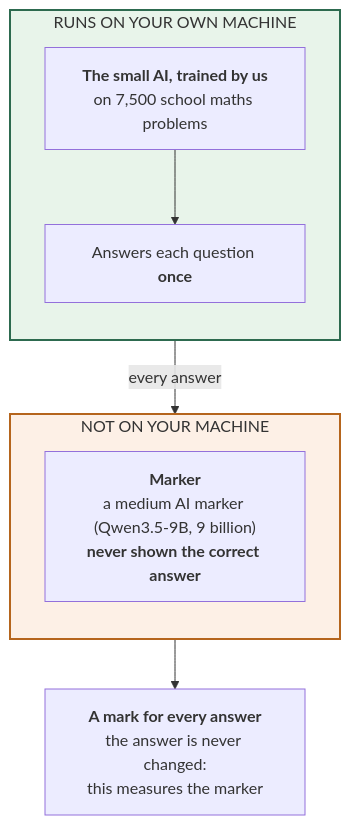
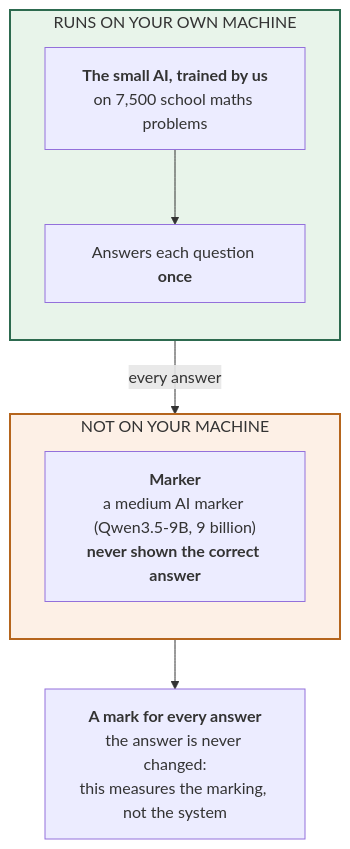
Before and after one commit to SaminYeaserKhan/gemma4-finetune: the first of 2 diagrams in docs/experiments/06_finetuned-model+checker-marks-all-answers_qwen-9b/README.md, drawn with Mermaid. The commit also changed 10 other files, not shown here.

````diff
--- a/docs/experiments/06_finetuned-model+checker-marks-all-answers_qwen-9b/README.md
+++ b/docs/experiments/06_finetuned-model+checker-marks-all-answers_qwen-9b/README.md
@@ -50,17 +50,17 @@
 ```mermaid
 flowchart TB
     subgraph DEV["RUNS ON YOUR OWN MACHINE"]
         direction TB
         SOLVER["<b>The small AI, trained by us</b><br/>on 7,500 school maths problems"]
         ONE["Answers each question <b>once</b>"]
         SOLVER --> ONE
     end
     subgraph OFF["NOT ON YOUR MACHINE"]
         direction TB
         CHECK["<b>Marker</b><br/>a medium AI marker (Qwen3.5-9B, 9 billion)<br/><b>never shown the correct answer</b>"]
     end
     ONE -->|every answer| CHECK
-    CHECK --> SCORE["<b>A mark for every answer</b><br/>the answer is never changed:<br/>this measures the marker"]
+    CHECK --> SCORE["<b>A mark for every answer</b><br/>the answer is never changed:<br/>this measures the marking, not the system"]
     style DEV fill:#e8f4ea,stroke:#2d6a4f,stroke-width:2px
     style OFF fill:#fdf0e6,stroke:#b5651d,stroke-width:2px
 ```
````
